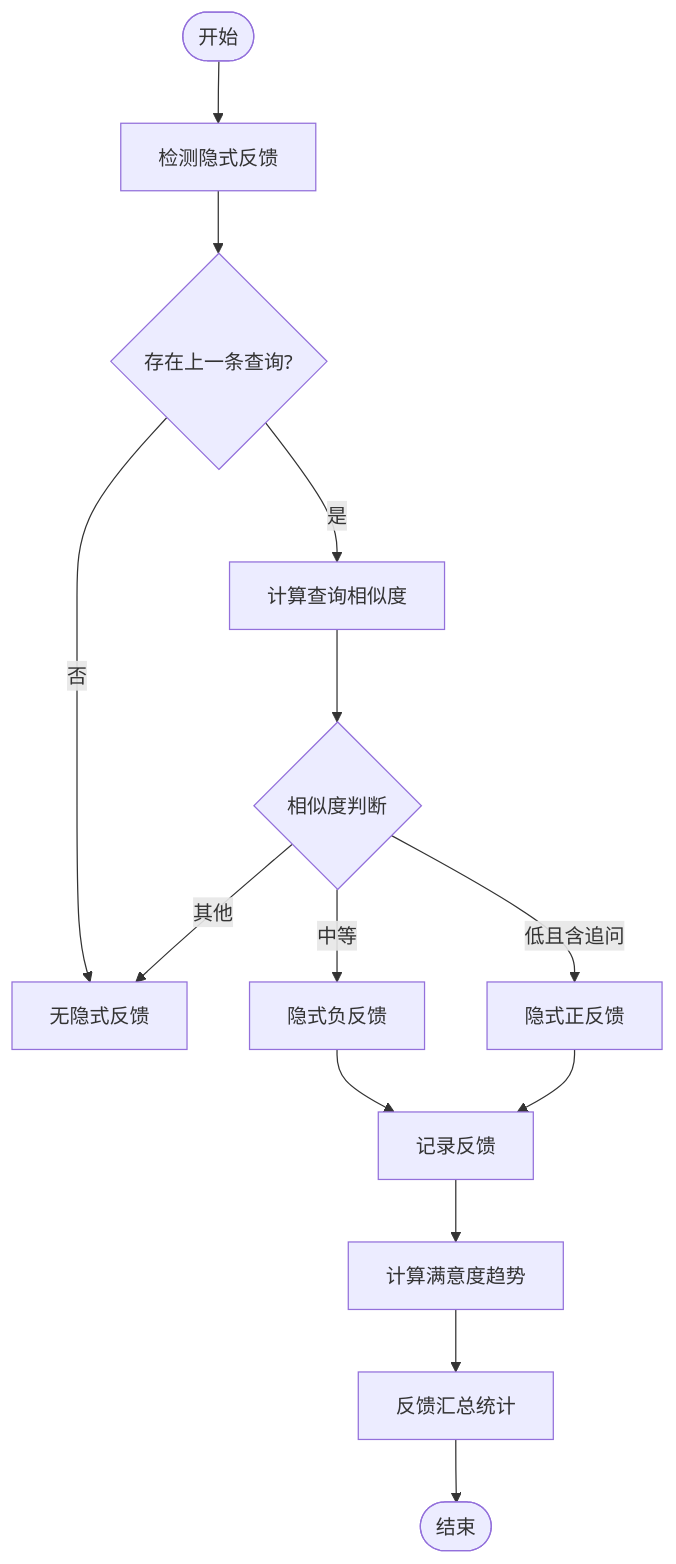
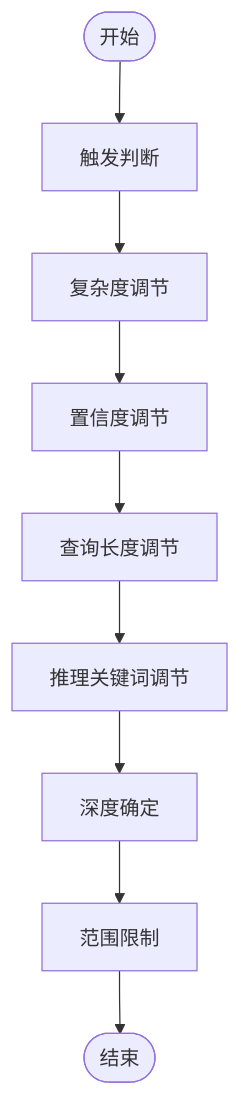
The sixth of 11 diagrams in .qoder/repowiki/zh/content/自适应学习系统/自适应学习系统.md (JieGaoPrinceton/NecoRAG), drawn with Mermaid before and after one commit. The commit also changed other lines of this file and 82 other files, not shown here.

````diff
--- a/.qoder/repowiki/zh/content/自适应学习系统/自适应学习系统.md
+++ b/.qoder/repowiki/zh/content/自适应学习系统/自适应学习系统.md
@@ -174,16 +227,11 @@
 ```mermaid
 flowchart TD
-Start(["开始"]) --> Detect["检测隐式反馈"]
-Detect --> HasPrev{"存在上一条查询?"}
-HasPrev --> |否| EndNo["无隐式反馈"]
-HasPrev --> |是| Calc["计算查询相似度"]
-Calc --> Judge{"相似度判断"}
-Judge --> |中等| Neg["隐式负反馈"]
-Judge --> |低且含追问| Pos["隐式正反馈"]
-Judge --> |其他| EndNo
-Neg --> Record["记录反馈"]
-Pos --> Record
-Record --> Trend["计算满意度趋势"]
-Trend --> Summary["反馈汇总统计"]
-Summary --> End(["结束"])
+Start(["开始"]) --> Trigger["触发判断"]
+Trigger --> Complexity["复杂度调节"]
+Complexity --> Confidence["置信度调节"]
+Confidence --> Length["查询长度调节"]
+Length --> Keywords["推理关键词调节"]
+Keywords --> Depth["深度确定"]
+Depth --> Limit["范围限制"]
+Limit --> End(["结束"])
 ```
````
